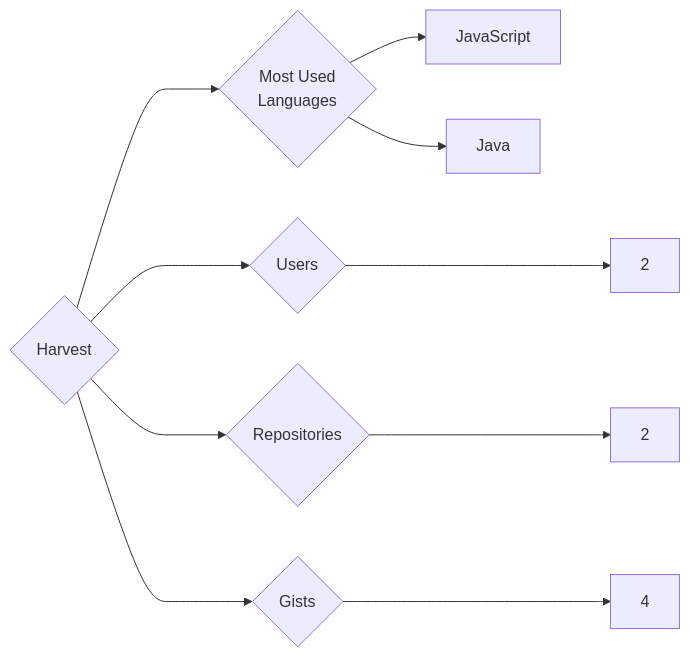
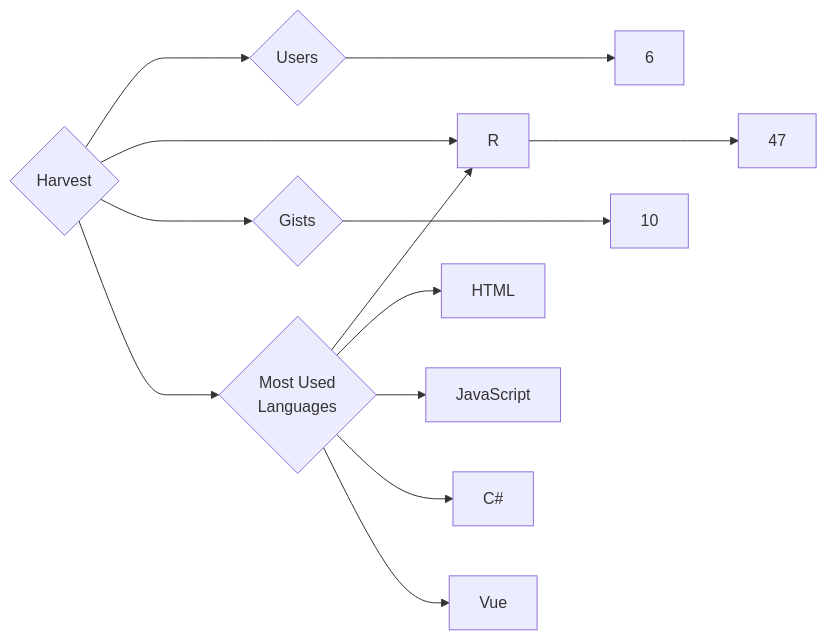
One commit to trickest/insiders changed the diagram in targets/Harvest/README.md. Above: the diagram before and after it, drawn with Mermaid. The commit also changed 1030 other files, not shown here.

````diff
--- a/targets/Harvest/README.md
+++ b/targets/Harvest/README.md
@@ -3,10 +3,13 @@
 ```mermaid
 graph LR
 COMPANY_NAME{Harvest}
-COMPANY_NAME ---> U{Users} ---> UN[2]
-COMPANY_NAME ---> R{Repositories} ---> RN[2]
-COMPANY_NAME ---> G{Gists} ---> GN[4]
+COMPANY_NAME ---> U{Users} ---> UN[6]
+COMPANY_NAME ---> R{Repositories} ---> RN[47]
+COMPANY_NAME ---> G{Gists} ---> GN[10]
 COMPANY_NAME ---> ML{Most Used<br>Languages}
+ML --> R[R]
+ML --> HTML[HTML]
 ML --> JavaScript[JavaScript]
-ML --> Java[Java]
+ML --> C#[C#]
+ML --> Vue[Vue]
 ```
````
